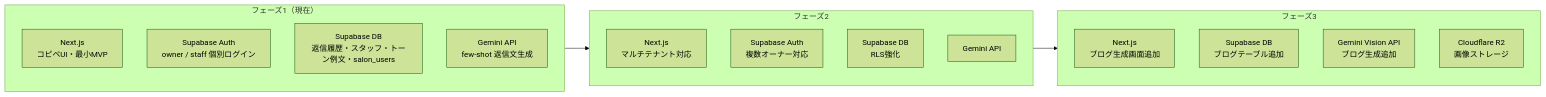
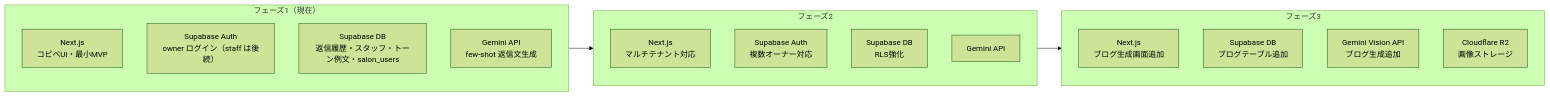
The third of 3 diagrams in docs/99_research/technology/architecture.md (fu-mi-man/salon-ai), drawn with Mermaid (forest theme) before and after one commit. The commit also changed other lines of this file and 12 other files, not shown here.

````diff
--- a/docs/99_research/technology/architecture.md
+++ b/docs/99_research/technology/architecture.md
@@ -93,25 +93,25 @@
 ```mermaid
 graph LR
   subgraph ph1["フェーズ1（現在）"]
     A1["Next.js\nコピペUI・最小MVP"]
-    A2["Supabase Auth\nowner / staff 個別ログイン"]
+    A2["Supabase Auth\nowner ログイン（staff は後続）"]
     A3["Supabase DB\n返信履歴・スタッフ・トーン例文・salon_users"]
     A4["Gemini API\nfew-shot 返信文生成"]
   end
 
   subgraph ph2["フェーズ2"]
     B1["Next.js\nマルチテナント対応"]
     B2["Supabase Auth\n複数オーナー対応"]
     B3["Supabase DB\nRLS強化"]
     B4["Gemini API"]
   end
 
   subgraph ph3["フェーズ3"]
     C1["Next.js\nブログ生成画面追加"]
     C2["Supabase DB\nブログテーブル追加"]
     C3["Gemini Vision API\nブログ生成追加"]
     C4["Cloudflare R2\n画像ストレージ"]
   end
 
   ph1 --> ph2 --> ph3
 ```
````
